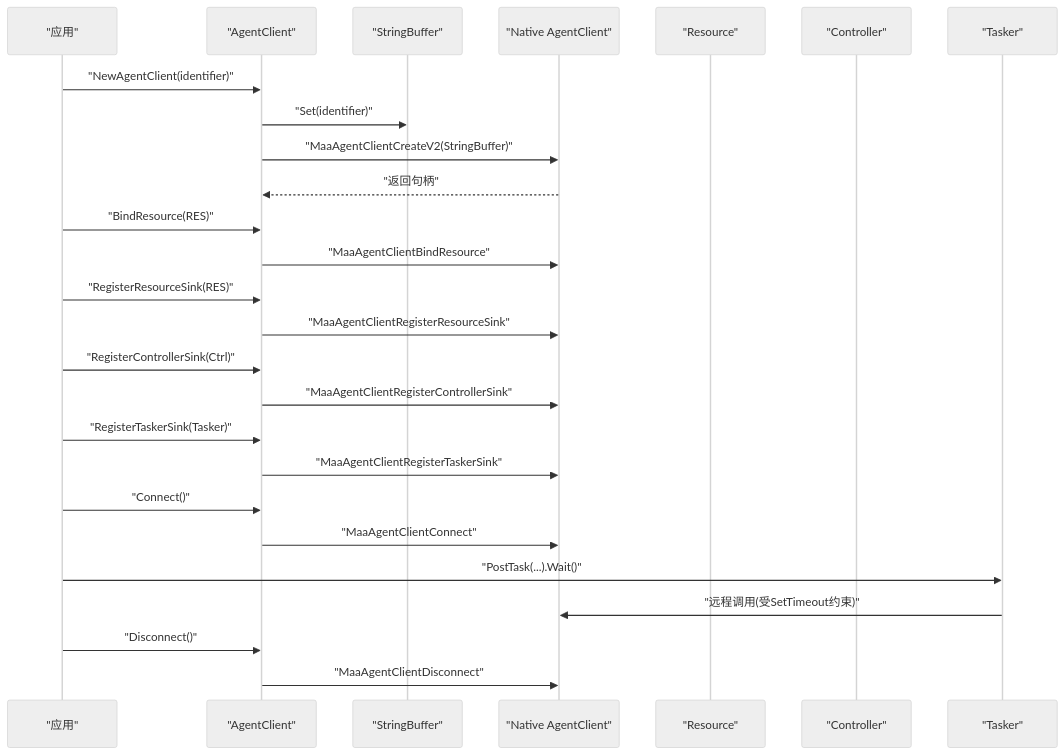
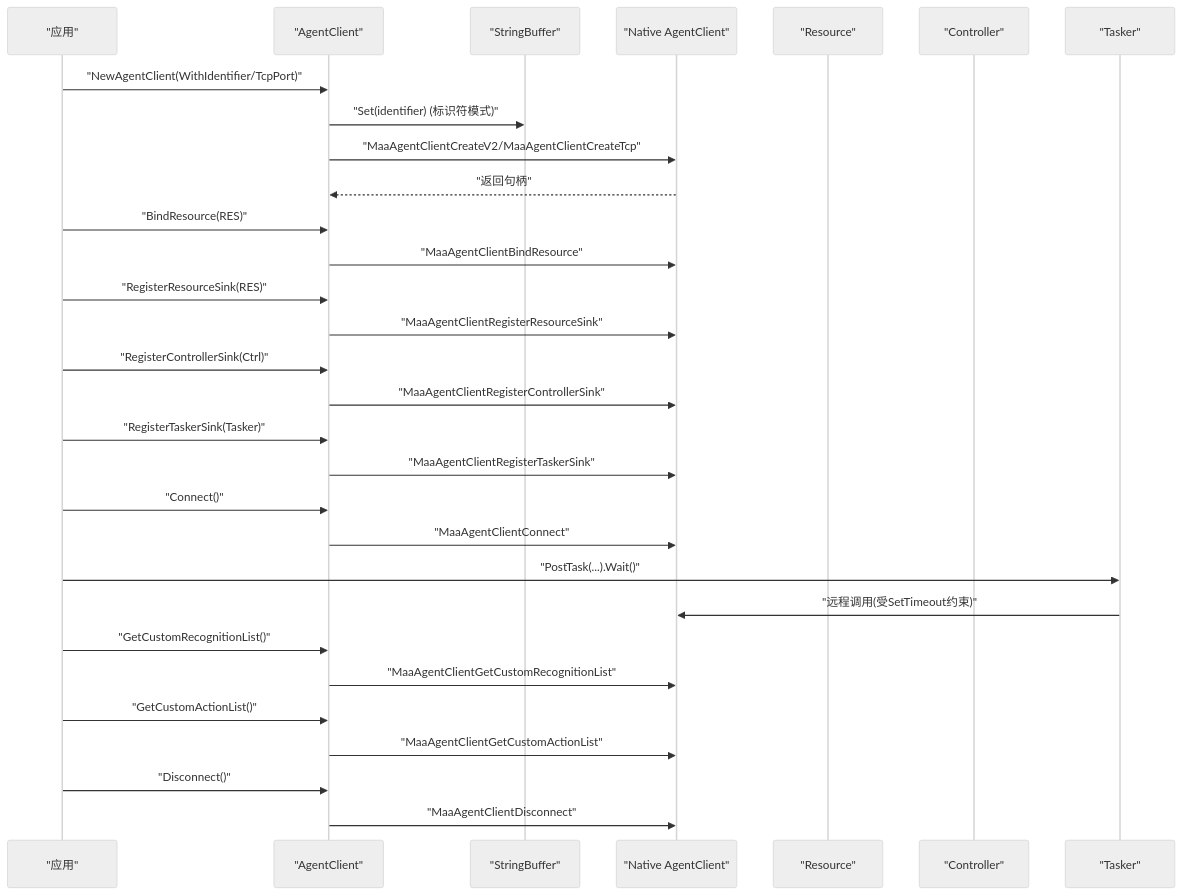
Before and after one commit to kqcoxn/MaaPipelineEditor: the second of 3 diagrams in instructions/maafw-golang-binding/高级功能/Agent架构/Agent客户端.md, drawn with Mermaid (neutral theme). The commit also changed other lines of this file and 10 other files, not shown here.

````diff
--- a/instructions/maafw-golang-binding/高级功能/Agent架构/Agent客户端.md
+++ b/instructions/maafw-golang-binding/高级功能/Agent架构/Agent客户端.md
@@ -86,28 +95,32 @@
 ```mermaid
 sequenceDiagram
 participant App as "应用"
 participant AC as "AgentClient"
 participant SB as "StringBuffer"
 participant NAC as "Native AgentClient"
 participant RES as "Resource"
 participant CTRL as "Controller"
 participant TSK as "Tasker"
-App->>AC : "NewAgentClient(identifier)"
-AC->>SB : "Set(identifier)"
-AC->>NAC : "MaaAgentClientCreateV2(StringBuffer)"
+App->>AC : "NewAgentClient(WithIdentifier/TcpPort)"
+AC->>SB : "Set(identifier) (标识符模式)"
+AC->>NAC : "MaaAgentClientCreateV2/MaaAgentClientCreateTcp"
 NAC-->>AC : "返回句柄"
 App->>AC : "BindResource(RES)"
 AC->>NAC : "MaaAgentClientBindResource"
 App->>AC : "RegisterResourceSink(RES)"
 AC->>NAC : "MaaAgentClientRegisterResourceSink"
 App->>AC : "RegisterControllerSink(Ctrl)"
 AC->>NAC : "MaaAgentClientRegisterControllerSink"
 App->>AC : "RegisterTaskerSink(Tasker)"
 AC->>NAC : "MaaAgentClientRegisterTaskerSink"
 App->>AC : "Connect()"
 AC->>NAC : "MaaAgentClientConnect"
 App->>TSK : "PostTask(...).Wait()"
 TSK->>NAC : "远程调用(受SetTimeout约束)"
+App->>AC : "GetCustomRecognitionList()"
+AC->>NAC : "MaaAgentClientGetCustomRecognitionList"
+App->>AC : "GetCustomActionList()"
+AC->>NAC : "MaaAgentClientGetCustomActionList"
 App->>AC : "Disconnect()"
 AC->>NAC : "MaaAgentClientDisconnect"
 ```
````
